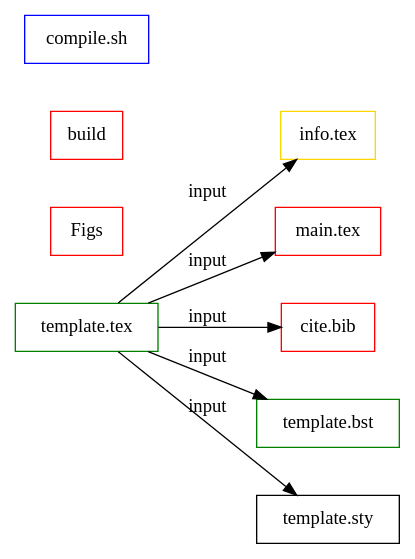
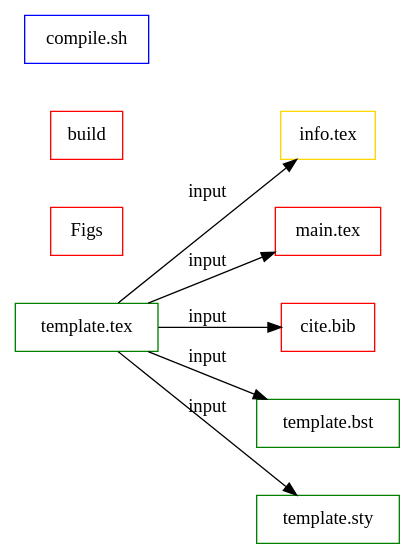
Before and after one commit to bwtian/texTemplate: the diagram in texTemplate.org, drawn with Graphviz. The commit also changed other lines of this file and 1 other file, not shown here.

Commit message:
- ‘.#texTemplate.org’ / ‘texTemplate.org’

```diff
--- a/texTemplate.org
+++ b/texTemplate.org
@@ -4,25 +4,25 @@
 #+BEGIN_SRC dot :file ./texTemplate.svg 
   digraph { 
   rankdir = LR
   fontname="Times"; 
   fontsize = 12; 
   splines = false; 
   ranksep = 0.5; 
   nodesep = 0.5; 
   node [shape = box] 
   //1. set node 
   temp [label = "template.tex", color = green]
   info [label = "info.tex", color = gold]
   main [label = "main.tex", color = red]
   bib [label = "cite.bib", color = red]
   bst [label = "template.bst", color = green]
-  sty [label = "template.sty"]
+  sty [label = "template.sty", color = green]
   fig [label = "Figs", color=red]
   build [label  = "build", color = red]
   gen [label = "compile.sh", color = blue]
   //2. set path 
   temp -> {info,main, bib, bst, sty} [label = input]
   //3. set rank 
 
   }
 #+END_SRC
```
